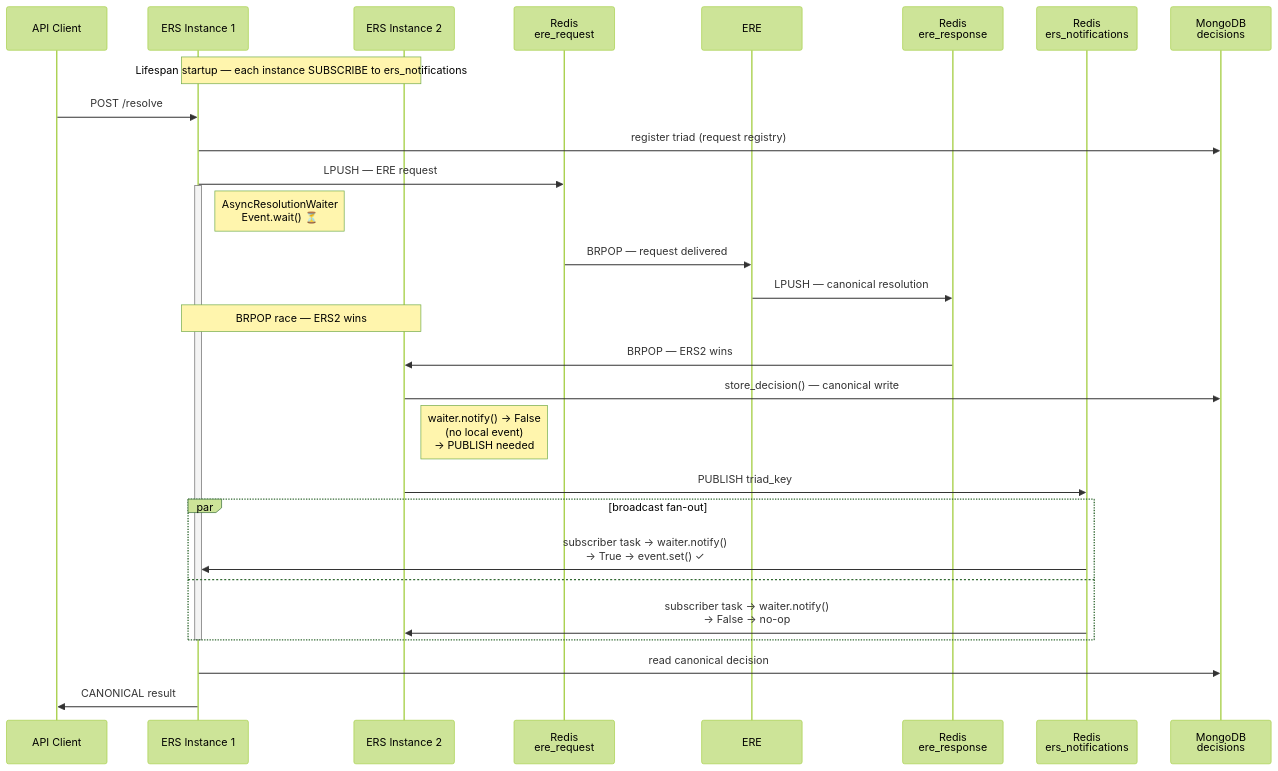
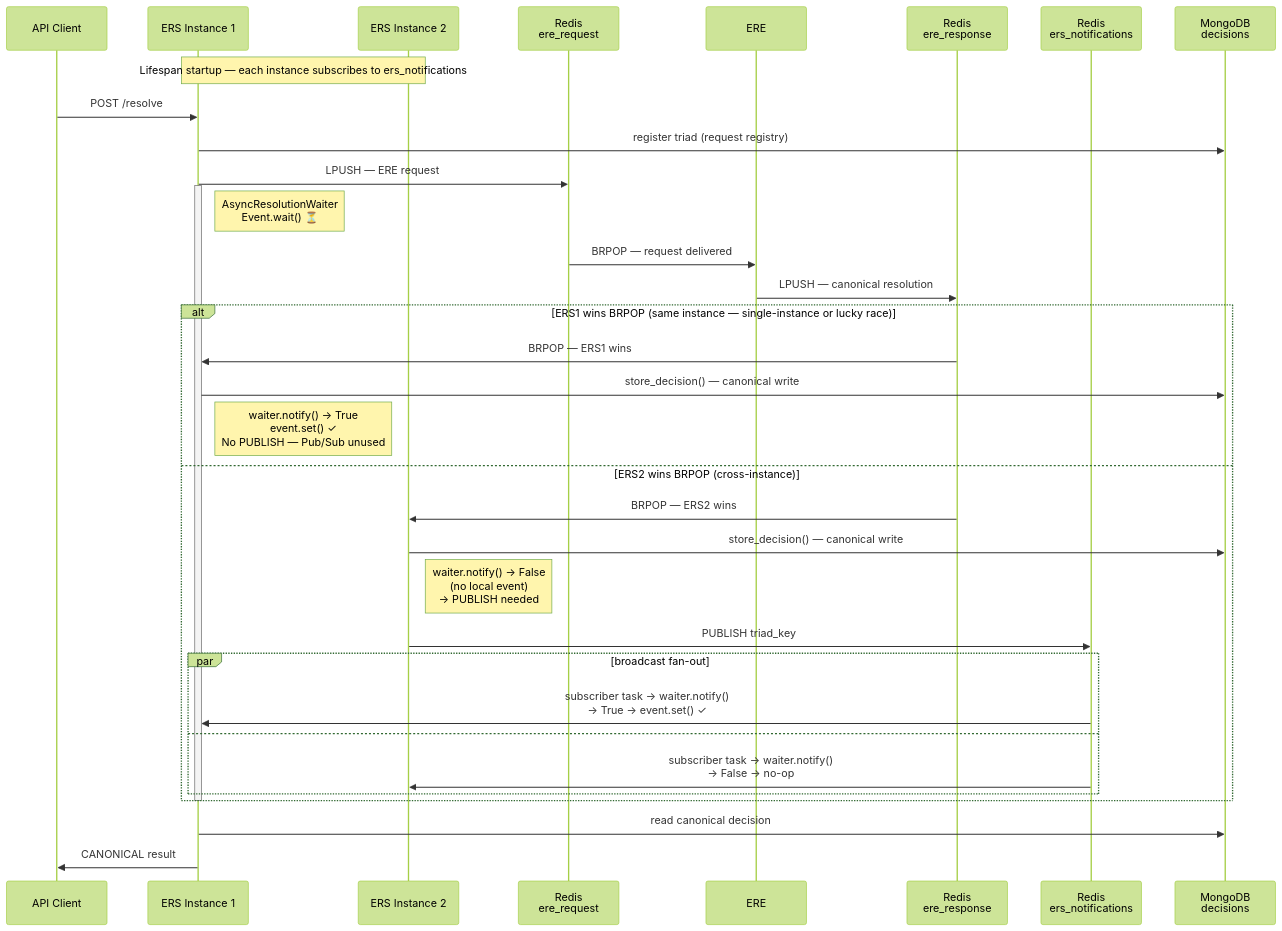
One commit to OP-TED/entity-resolution-service changed the second of 2 diagrams in .claude/memory/epics/ers-epic-ERS1-208-stateless-api/2026-05-01-statefulness-audit.md. Above: the diagram before and after it, drawn with Mermaid (forest theme). The commit also changed other lines of this file and 2 other files, not shown here.

First line of the commit message:
docs: consolidate BRPOP race diagrams and add debug logging for cross-instance notifications

````diff
--- a/.claude/memory/epics/ers-epic-ERS1-208-stateless-api/2026-05-01-statefulness-audit.md
+++ b/.claude/memory/epics/ers-epic-ERS1-208-stateless-api/2026-05-01-statefulness-audit.md
@@ -450,38 +465,42 @@
 ```mermaid
 sequenceDiagram
     participant Client as API Client
     participant ERS1 as ERS Instance 1
     participant ERS2 as ERS Instance 2
     participant EREQ as Redis<br/>ere_request
     participant ERE as ERE
     participant ERES as Redis<br/>ere_response
     participant PUB as Redis<br/>ers_notifications
     participant DB as MongoDB<br/>decisions
 
-    Note over ERS1,ERS2: Lifespan startup — each instance SUBSCRIBE to ers_notifications
+    Note over ERS1,ERS2: Lifespan startup — each instance subscribes to ers_notifications
 
     Client->>ERS1: POST /resolve
     ERS1->>DB: register triad (request registry)
     ERS1->>EREQ: LPUSH — ERE request
     activate ERS1
     Note right of ERS1: AsyncResolutionWaiter<br/>Event.wait() ⏳
 
     EREQ->>ERE: BRPOP — request delivered
     ERE->>ERES: LPUSH — canonical resolution
 
-    Note over ERS1,ERS2: BRPOP race — ERS2 wins
-    ERES->>ERS2: BRPOP — ERS2 wins
-    ERS2->>DB: store_decision() — canonical write
-    Note right of ERS2: waiter.notify() → False<br/>(no local event)<br/>→ PUBLISH needed
-    ERS2->>PUB: PUBLISH triad_key
-
-    par broadcast fan-out
-        PUB->>ERS1: subscriber task → waiter.notify()<br/>→ True → event.set() ✓
-    and
-        PUB->>ERS2: subscriber task → waiter.notify()<br/>→ False → no-op
+    alt ERS1 wins BRPOP (same instance — single-instance or lucky race)
+        ERES->>ERS1: BRPOP — ERS1 wins
+        ERS1->>DB: store_decision() — canonical write
+        Note right of ERS1: waiter.notify() → True<br/>event.set() ✓<br/>No PUBLISH — Pub/Sub unused
+    else ERS2 wins BRPOP (cross-instance)
+        ERES->>ERS2: BRPOP — ERS2 wins
+        ERS2->>DB: store_decision() — canonical write
+        Note right of ERS2: waiter.notify() → False<br/>(no local event)<br/>→ PUBLISH needed
+        ERS2->>PUB: PUBLISH triad_key
+        par broadcast fan-out
+            PUB->>ERS1: subscriber task → waiter.notify()<br/>→ True → event.set() ✓
+        and
+            PUB->>ERS2: subscriber task → waiter.notify()<br/>→ False → no-op
+        end
     end
 
     deactivate ERS1
     ERS1->>DB: read canonical decision
     ERS1->>Client: CANONICAL result
 ```
````
